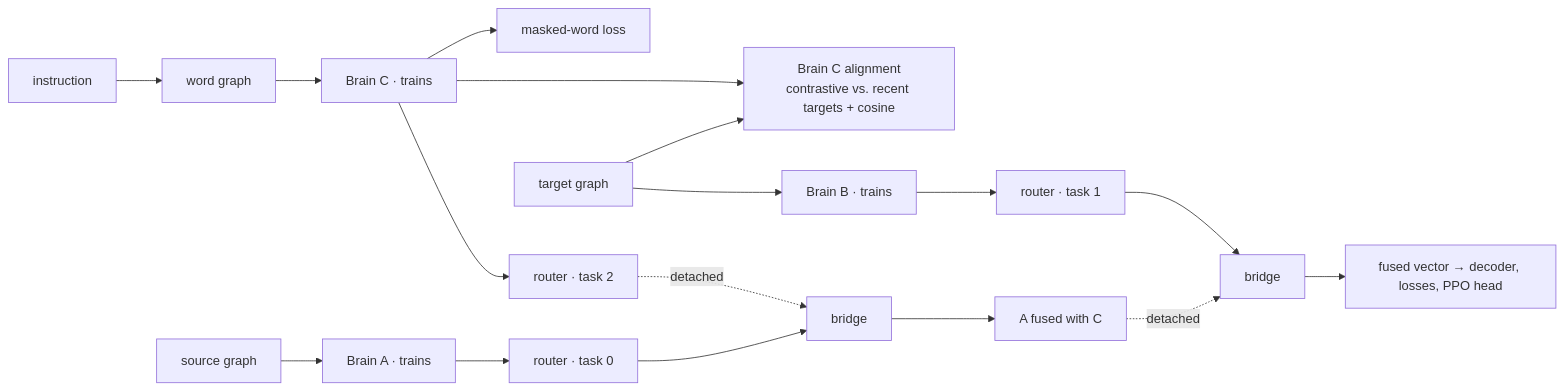
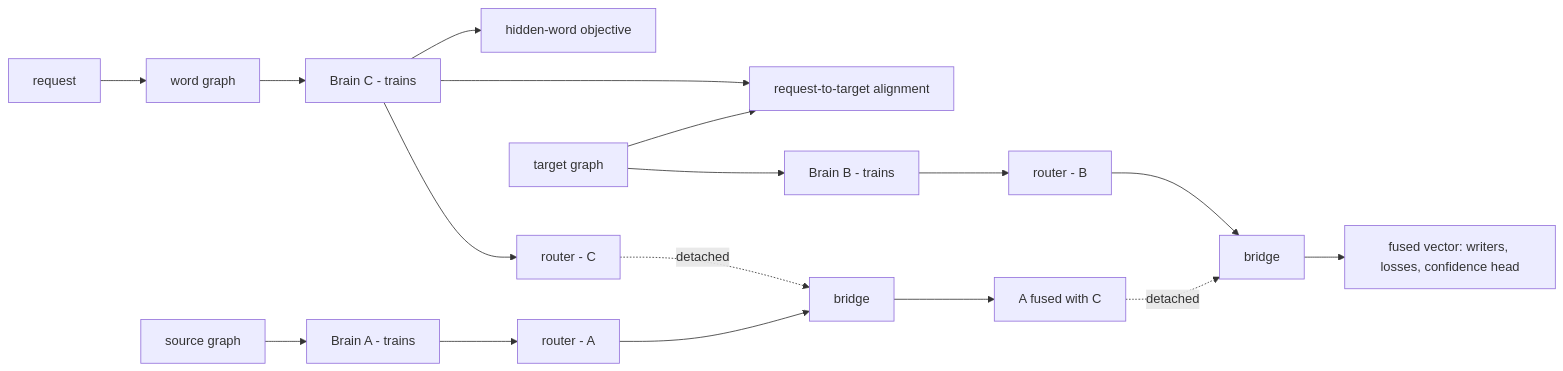
Before and after one commit to ATECTechnologies/Graph-Language-Assistant: the fourth of 6 diagrams in README.md, drawn with Mermaid. The commit also changed other lines of this file, not shown here.

````diff
--- a/README.md
+++ b/README.md
@@ -554,16 +590,16 @@
 ```mermaid
 flowchart LR
-    I[instruction] --> LG[word graph] --> BC[Brain C · trains]
-    BC --> R2[router · task 2]
+    I[request] --> LG[word graph] --> BC[Brain C - trains]
+    BC --> R2[router - C]
     R2 -. detached .-> BR1[bridge]
-    S[source graph] --> BA[Brain A · trains]
-    BA --> R0[router · task 0] --> BR1
+    S[source graph] --> BA[Brain A - trains]
+    BA --> R0[router - A] --> BR1
     BR1 --> F1[A fused with C]
     F1 -. detached .-> BR2[bridge]
-    T[target graph] --> BB[Brain B · trains]
-    BB --> R1[router · task 1] --> BR2
-    BR2 --> OUT[fused vector → decoder, losses, PPO head]
-    BC --> AL[Brain C alignment<br/>contrastive vs. recent targets + cosine]
+    T[target graph] --> BB[Brain B - trains]
+    BB --> R1[router - B] --> BR2
+    BR2 --> OUT[fused vector: writers, losses, confidence head]
+    BC --> AL[request-to-target alignment]
     T --> AL
-    BC --> MLM[masked-word loss]
+    BC --> MLM[hidden-word objective]
 ```
````
